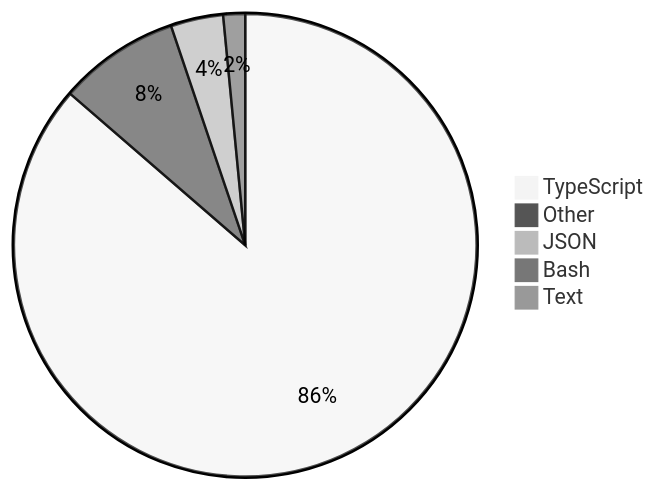
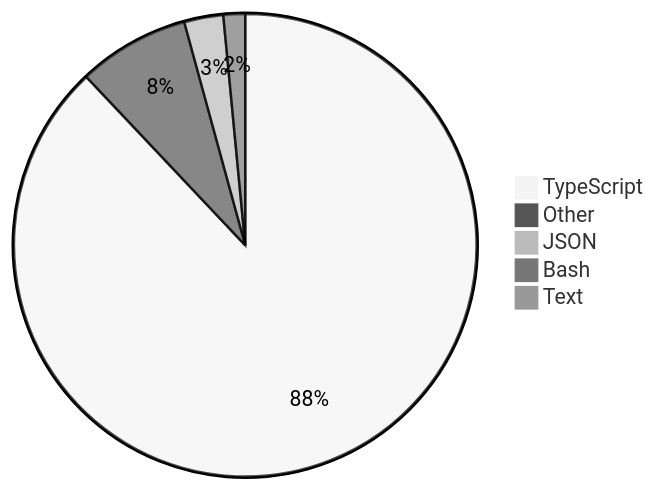
Before and after one commit to skvggor/skvggor: the diagram in README.md, drawn with Mermaid (neutral theme).

Commit message:
Updated waka-readme graph with new metrics

````diff
--- a/README.md
+++ b/README.md
@@ -16,8 +16,8 @@
 ```mermaid
 pie
-    "TypeScript" : 84.8
-    "Other" : 8.3
-    "JSON" : 3.6
+    "TypeScript" : 86.9
+    "Other" : 7.7
+    "JSON" : 2.7
     "Bash" : 1.5
-    "Text" : 0.6
+    "Text" : 0.5
 ```
````
